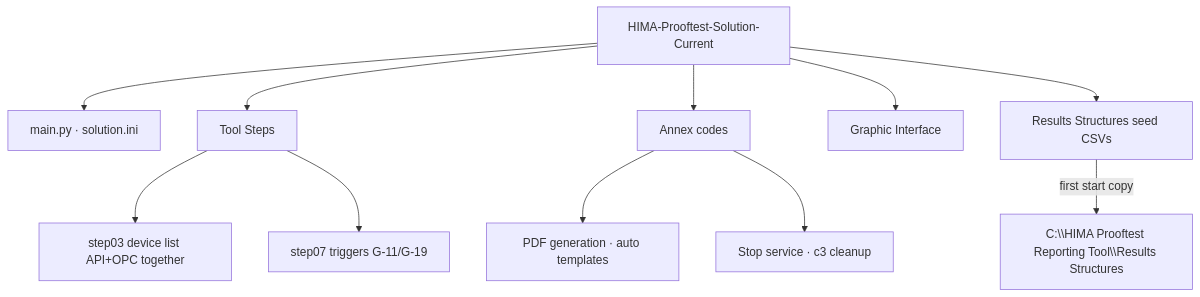
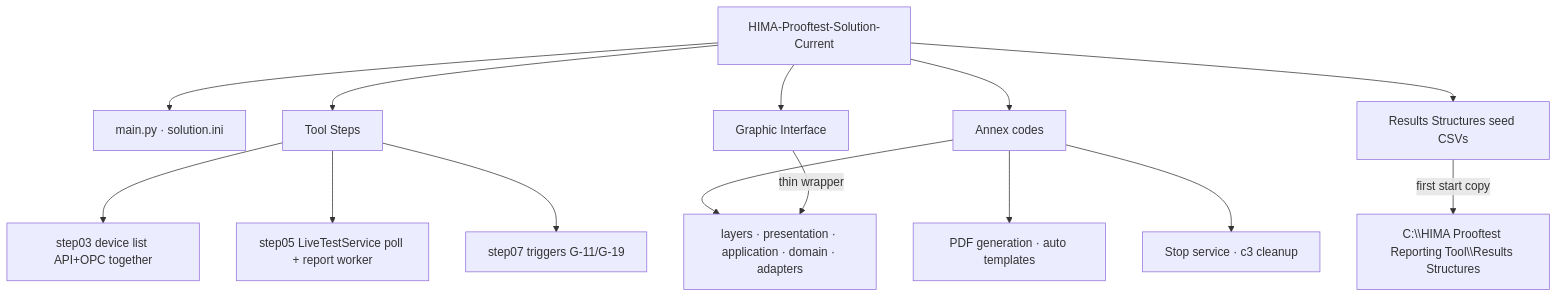
The tenth of 12 diagrams in Specifications/HIMA-Prooftest-Architecture-Mermaid.md (D-Mouna/Prooftest-Reporting-solution), drawn with Mermaid before and after one commit. The commit also changed other lines of this file and 61 other files, not shown here.

First line of the commit message:
Finalize v1.65 architecture batch with LiveTestService production flow and DeviceId-scoped reporting.

````diff
--- a/Specifications/HIMA-Prooftest-Architecture-Mermaid.md
+++ b/Specifications/HIMA-Prooftest-Architecture-Mermaid.md
@@ -236,15 +236,18 @@
 ```mermaid
 flowchart TB
   PKG["HIMA-Prooftest-Solution-Current"]
   PKG --> MAIN[main.py · solution.ini]
   PKG --> TS[Tool Steps]
   PKG --> AX[Annex codes]
   PKG --> GI[Graphic Interface]
   PKG --> SEED[Results Structures seed CSVs]
 
   TS --> S03[step03 device list API+OPC together]
+  TS --> S05[step05 LiveTestService poll + report worker]
   TS --> S07[step07 triggers G-11/G-19]
+  AX --> LAY[layers · presentation · application · domain · adapters]
   AX --> PDF[PDF generation · auto templates]
   AX --> STP[Stop service · c3 cleanup]
+  GI -->|thin wrapper| LAY
   SEED -->|first start copy| STATION["C:\\HIMA Prooftest Reporting Tool\\Results Structures"]
 ```
````
